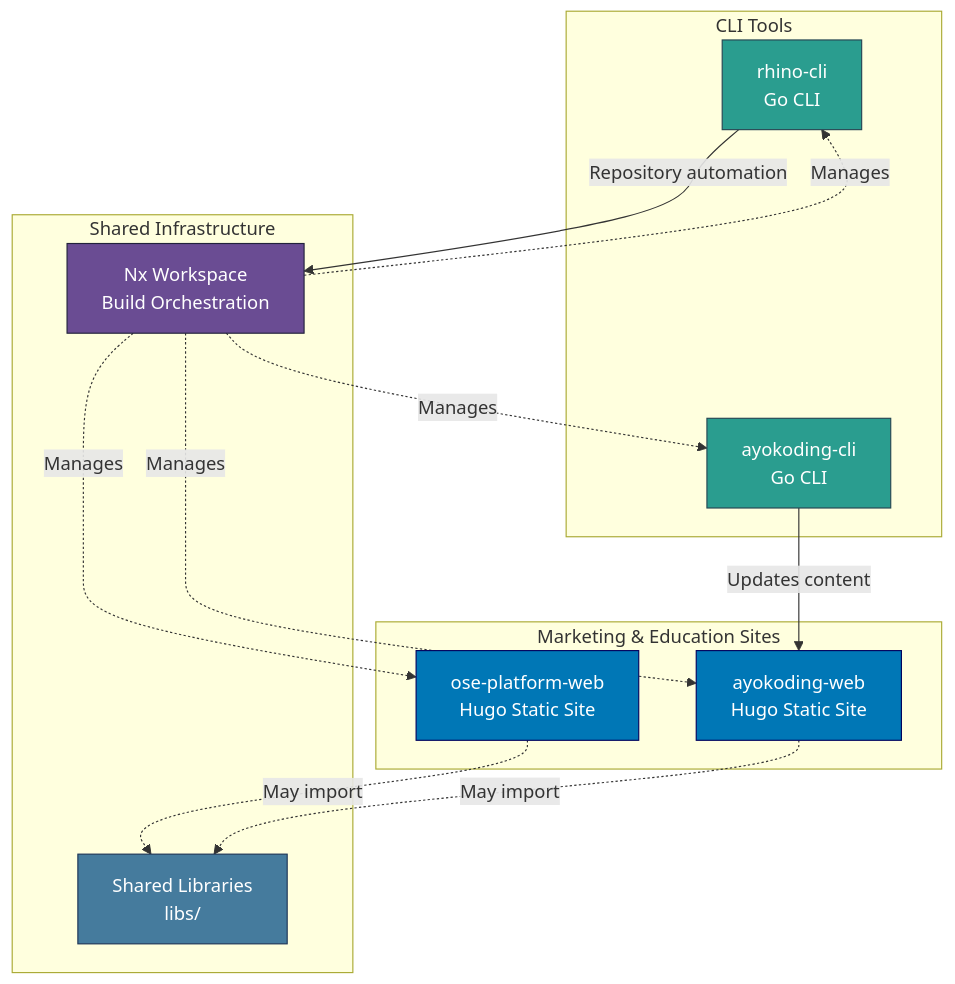
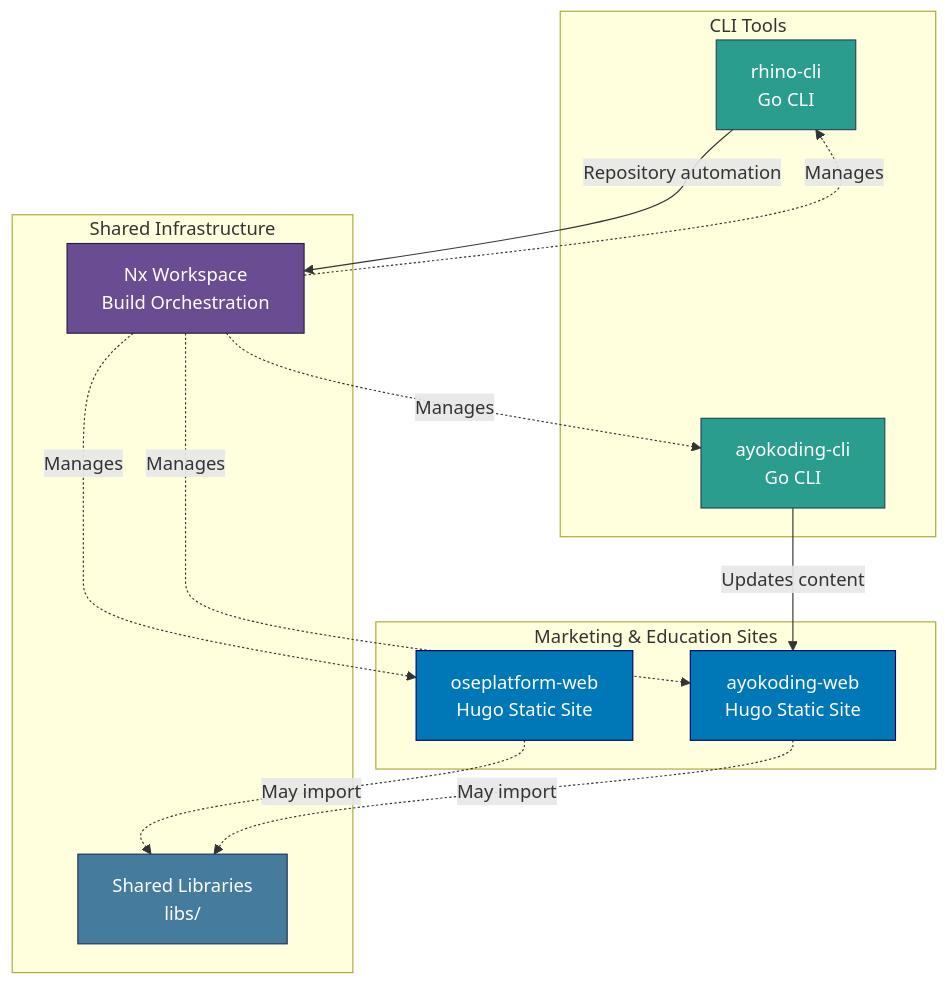
One commit to wahidyankf/open-sharia-enterprise changed the second of 13 diagrams in docs/reference/re__system-architecture.md. Above: the diagram before and after it, drawn with Mermaid. The commit also changed other lines of this file and 43 other files, not shown here.

First line of the commit message:
docs: update all ose-platform-web references to oseplatform-web

````diff
--- a/docs/reference/re__system-architecture.md
+++ b/docs/reference/re__system-architecture.md
@@ -125,35 +125,35 @@
 ```mermaid
 graph TB
     subgraph "Marketing & Education Sites"
-        OSE[ose-platform-web<br/>Hugo Static Site]
+        OSE[oseplatform-web<br/>Hugo Static Site]
         AYO[ayokoding-web<br/>Hugo Static Site]
     end
 
     subgraph "CLI Tools"
         AYOCLI[ayokoding-cli<br/>Go CLI]
         RHINO[rhino-cli<br/>Go CLI]
     end
 
     subgraph "Shared Infrastructure"
         NX[Nx Workspace<br/>Build Orchestration]
         LIBS[Shared Libraries<br/>libs/]
     end
 
     AYOCLI -->|Updates content| AYO
     RHINO -->|Repository automation| NX
 
     NX -.->|Manages| OSE
     NX -.->|Manages| AYO
     NX -.->|Manages| AYOCLI
     NX -.->|Manages| RHINO
 
     OSE -.->|May import| LIBS
     AYO -.->|May import| LIBS
 
     style OSE fill:#0077b6,stroke:#03045e,color:#ffffff
     style AYO fill:#0077b6,stroke:#03045e,color:#ffffff
     style AYOCLI fill:#2a9d8f,stroke:#264653,color:#ffffff
     style RHINO fill:#2a9d8f,stroke:#264653,color:#ffffff
     style NX fill:#6a4c93,stroke:#22223b,color:#ffffff
     style LIBS fill:#457b9d,stroke:#1d3557,color:#ffffff
 ```
````
